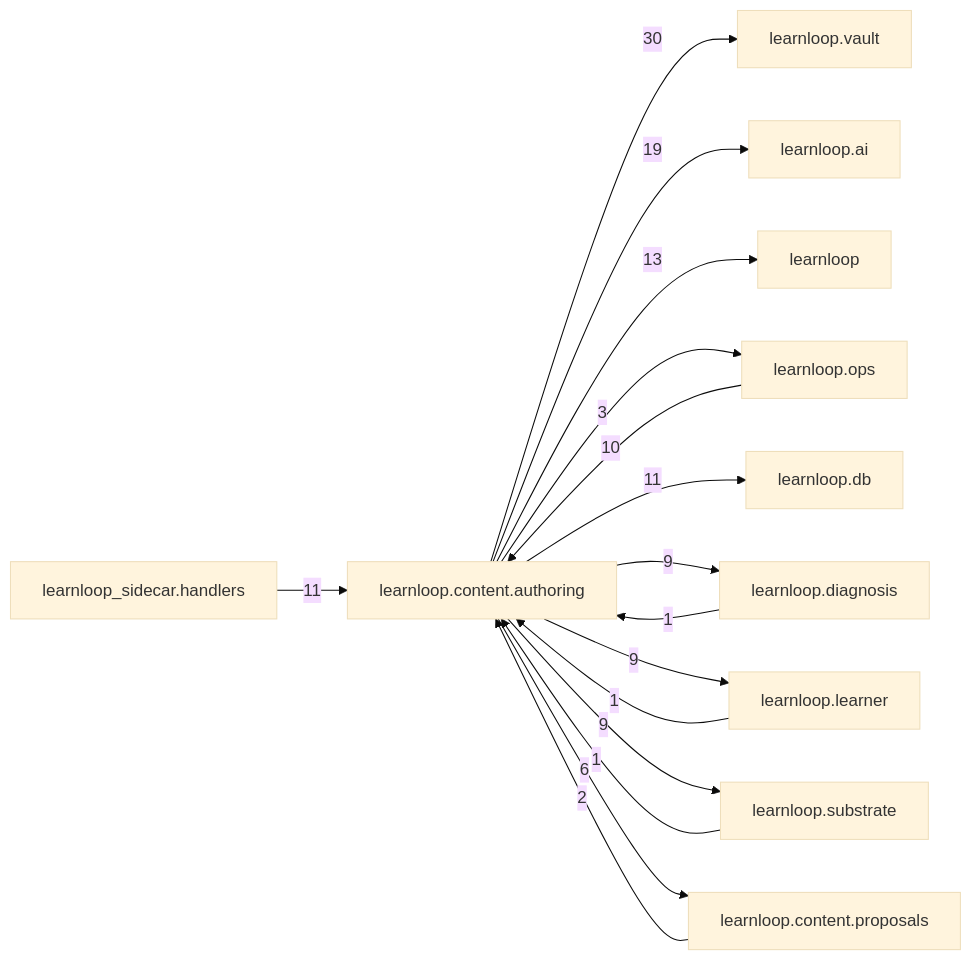
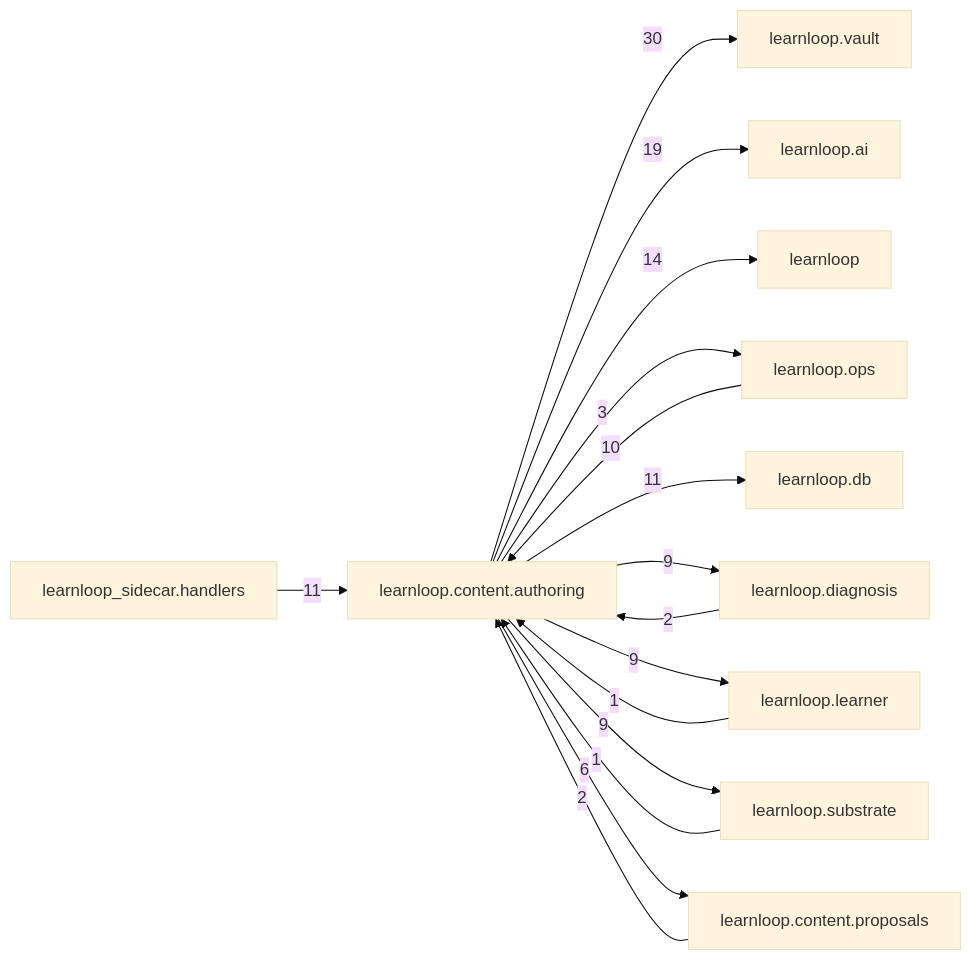
One commit to 6up-b/learnanything changed the diagram in docs/learnloop-architecture-vault/Reference/Modules/learnloop/content/authoring/_package.md. Above: the diagram before and after it, drawn with Mermaid (base theme). The commit also changed other lines of this file and 516 other files, not shown here.

````diff
--- a/docs/learnloop-architecture-vault/Reference/Modules/learnloop/content/authoring/_package.md
+++ b/docs/learnloop-architecture-vault/Reference/Modules/learnloop/content/authoring/_package.md
@@ -141,29 +141,29 @@
 ```mermaid
 flowchart LR
     center["learnloop.content.authoring"]
     n_learnloop_vault["learnloop.vault"]
     n_learnloop_ai["learnloop.ai"]
     n_learnloop["learnloop"]
     n_learnloop_ops["learnloop.ops"]
     n_learnloop_db["learnloop.db"]
+    n_learnloop_diagnosis["learnloop.diagnosis"]
     n_learnloop_sidecar_handlers["learnloop_sidecar.handlers"]
-    n_learnloop_diagnosis["learnloop.diagnosis"]
     n_learnloop_learner["learnloop.learner"]
     n_learnloop_substrate["learnloop.substrate"]
     n_learnloop_content_proposals["learnloop.content.proposals"]
     center -->|30| n_learnloop_vault
     center -->|19| n_learnloop_ai
-    center -->|13| n_learnloop
+    center -->|14| n_learnloop
     n_learnloop_ops -->|10| center
     center -->|3| n_learnloop_ops
     center -->|11| n_learnloop_db
+    n_learnloop_diagnosis -->|2| center
+    center -->|9| n_learnloop_diagnosis
     n_learnloop_sidecar_handlers -->|11| center
-    n_learnloop_diagnosis -->|1| center
-    center -->|9| n_learnloop_diagnosis
     n_learnloop_learner -->|1| center
     center -->|9| n_learnloop_learner
     n_learnloop_substrate -->|1| center
     center -->|9| n_learnloop_substrate
     n_learnloop_content_proposals -->|2| center
     center -->|6| n_learnloop_content_proposals
 ```
````
